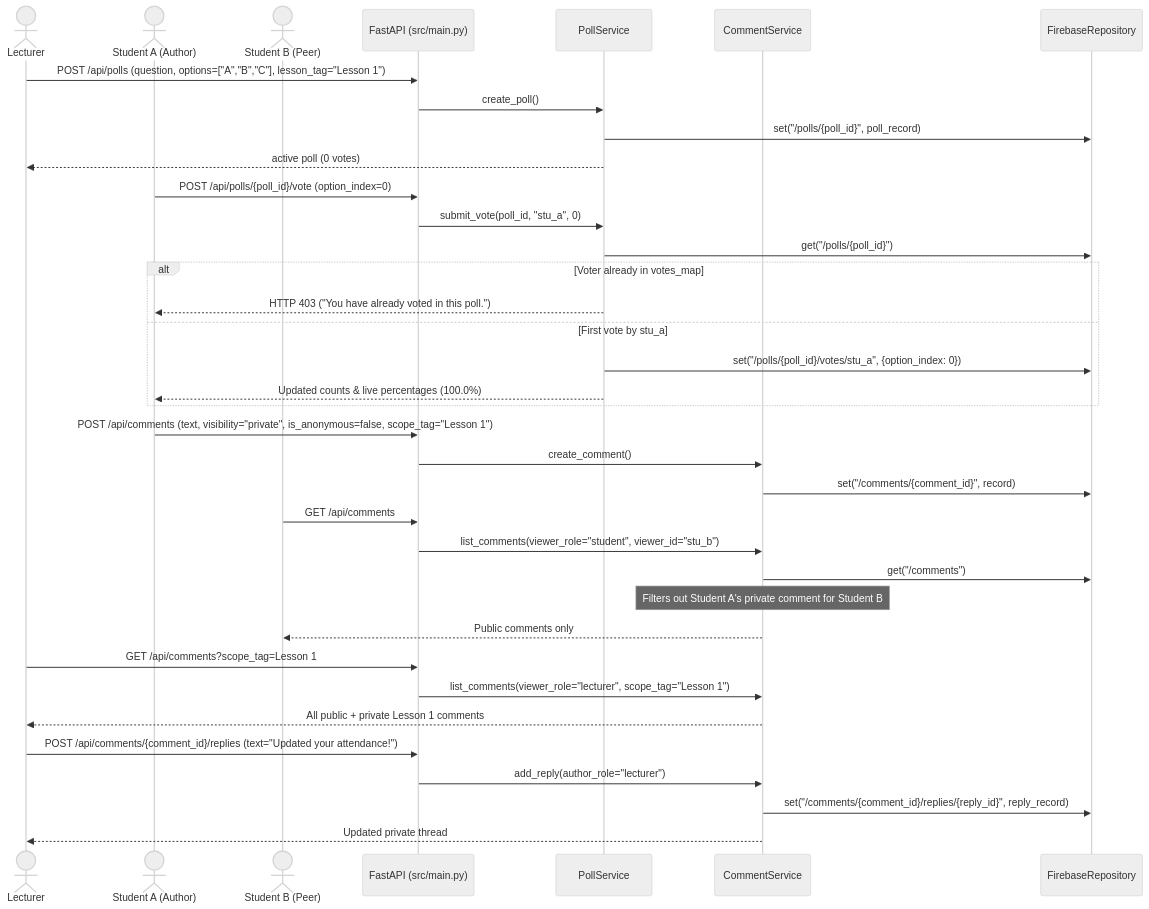
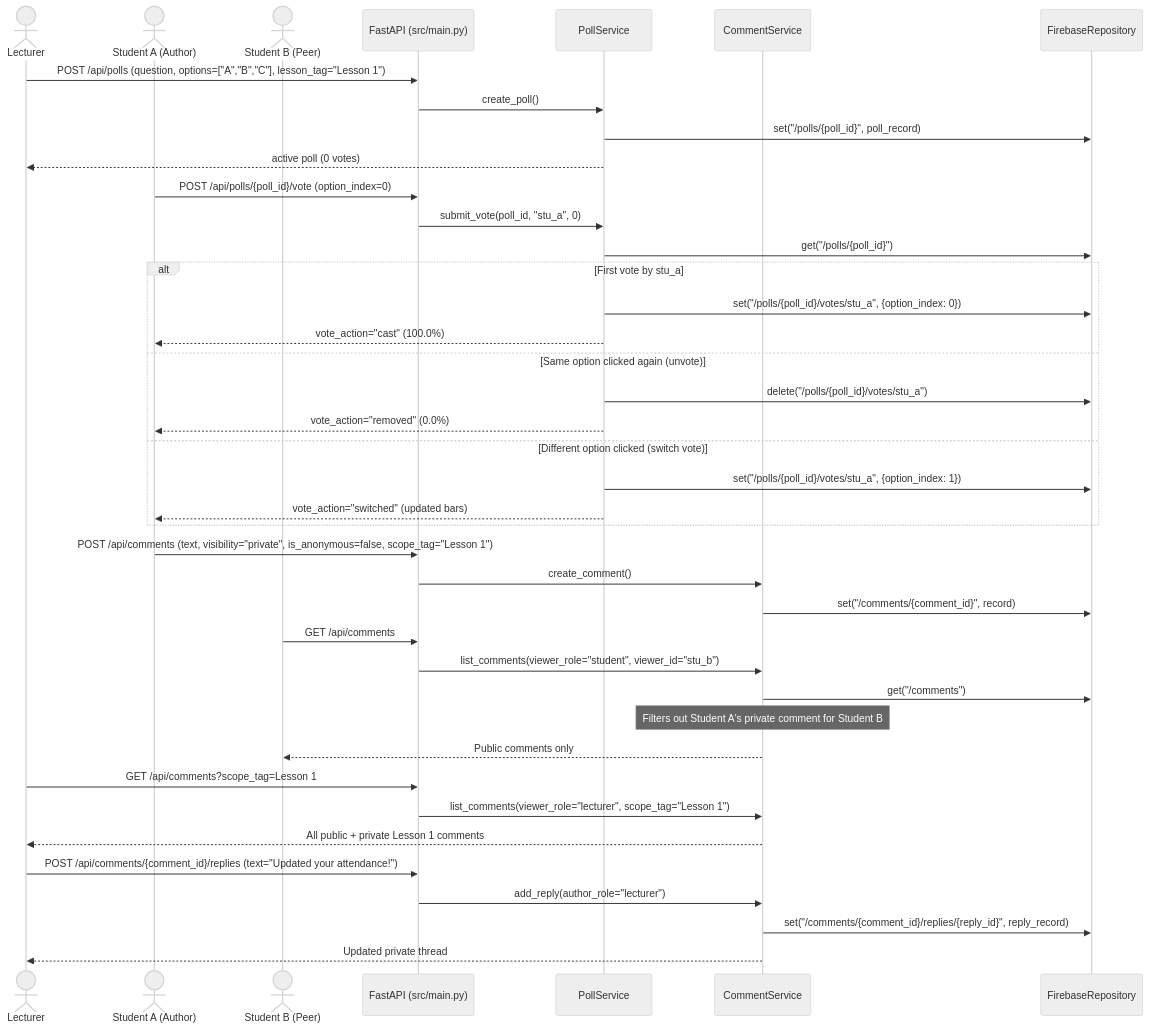
Before and after one commit to IlayOr-Chen/AI-Teaching-Assistant-Web: the fourth of 5 diagrams in docs/05_architecture_and_diagrams.md, drawn with Mermaid (neutral theme). The commit also changed other lines of this file and 11 other files, not shown here.

Commit message:
feat(ui,docs): add student BYOK localStorage panel, free-text model selector, poll unvoting, and updated docs (Refs #15)

````diff
--- a/docs/05_architecture_and_diagrams.md
+++ b/docs/05_architecture_and_diagrams.md
@@ -357,43 +359,47 @@
 ```mermaid
 sequenceDiagram
     actor Lecturer
     actor StudentA as Student A (Author)
     actor StudentB as Student B (Peer)
     participant API as FastAPI (src/main.py)
     participant Poll as PollService
     participant Cmt as CommentService
     participant DB as FirebaseRepository
 
     Lecturer->>API: POST /api/polls (question, options=["A","B","C"], lesson_tag="Lesson 1")
     API->>Poll: create_poll()
     Poll->>DB: set("/polls/{poll_id}", poll_record)
     Poll-->>Lecturer: active poll (0 votes)
 
     StudentA->>API: POST /api/polls/{poll_id}/vote (option_index=0)
     API->>Poll: submit_vote(poll_id, "stu_a", 0)
     Poll->>DB: get("/polls/{poll_id}")
-    alt Voter already in votes_map
-        Poll-->>StudentA: HTTP 403 ("You have already voted in this poll.")
-    else First vote by stu_a
+    alt First vote by stu_a
         Poll->>DB: set("/polls/{poll_id}/votes/stu_a", {option_index: 0})
-        Poll-->>StudentA: Updated counts & live percentages (100.0%)
+        Poll-->>StudentA: vote_action="cast" (100.0%)
+    else Same option clicked again (unvote)
+        Poll->>DB: delete("/polls/{poll_id}/votes/stu_a")
+        Poll-->>StudentA: vote_action="removed" (0.0%)
+    else Different option clicked (switch vote)
+        Poll->>DB: set("/polls/{poll_id}/votes/stu_a", {option_index: 1})
+        Poll-->>StudentA: vote_action="switched" (updated bars)
     end
 
     StudentA->>API: POST /api/comments (text, visibility="private", is_anonymous=false, scope_tag="Lesson 1")
     API->>Cmt: create_comment()
     Cmt->>DB: set("/comments/{comment_id}", record)
 
     StudentB->>API: GET /api/comments
     API->>Cmt: list_comments(viewer_role="student", viewer_id="stu_b")
     Cmt->>DB: get("/comments")
     Note over Cmt: Filters out Student A's private comment for Student B
     Cmt-->>StudentB: Public comments only
 
     Lecturer->>API: GET /api/comments?scope_tag=Lesson 1
     API->>Cmt: list_comments(viewer_role="lecturer", scope_tag="Lesson 1")
     Cmt-->>Lecturer: All public + private Lesson 1 comments
     Lecturer->>API: POST /api/comments/{comment_id}/replies (text="Updated your attendance!")
     API->>Cmt: add_reply(author_role="lecturer")
     Cmt->>DB: set("/comments/{comment_id}/replies/{reply_id}", reply_record)
     Cmt-->>Lecturer: Updated private thread
 ```
````
